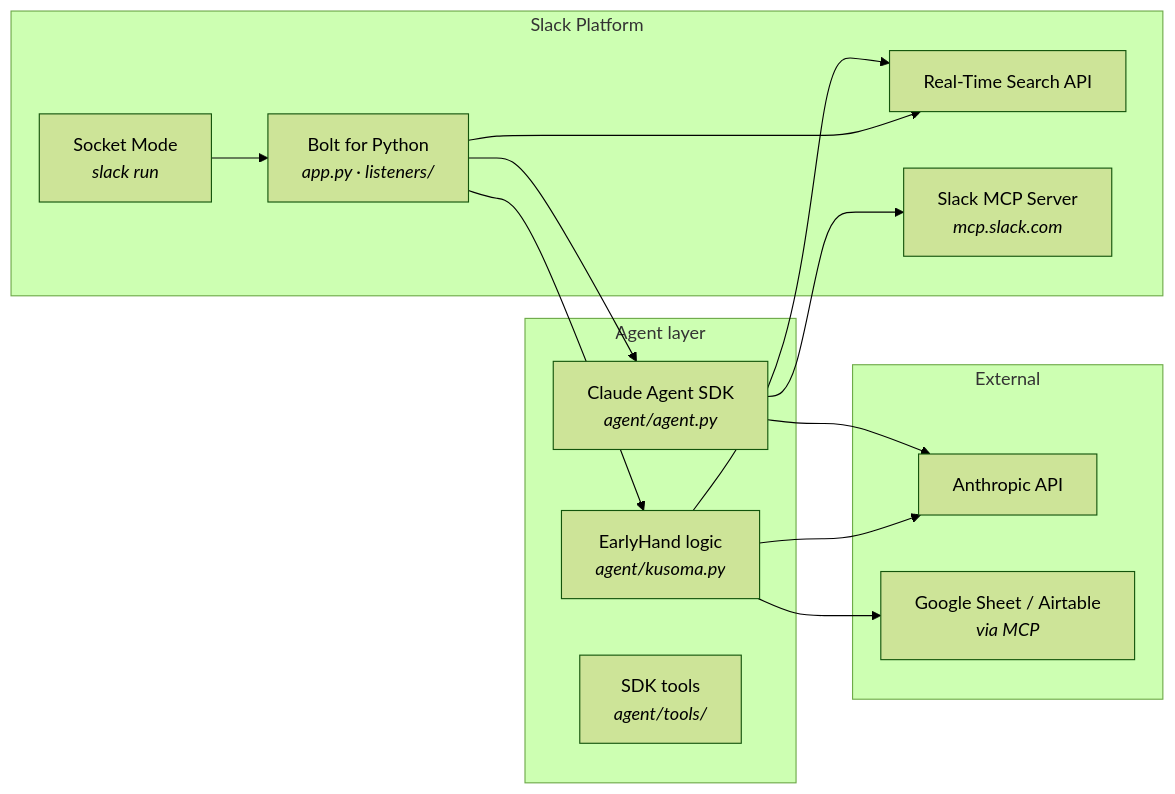
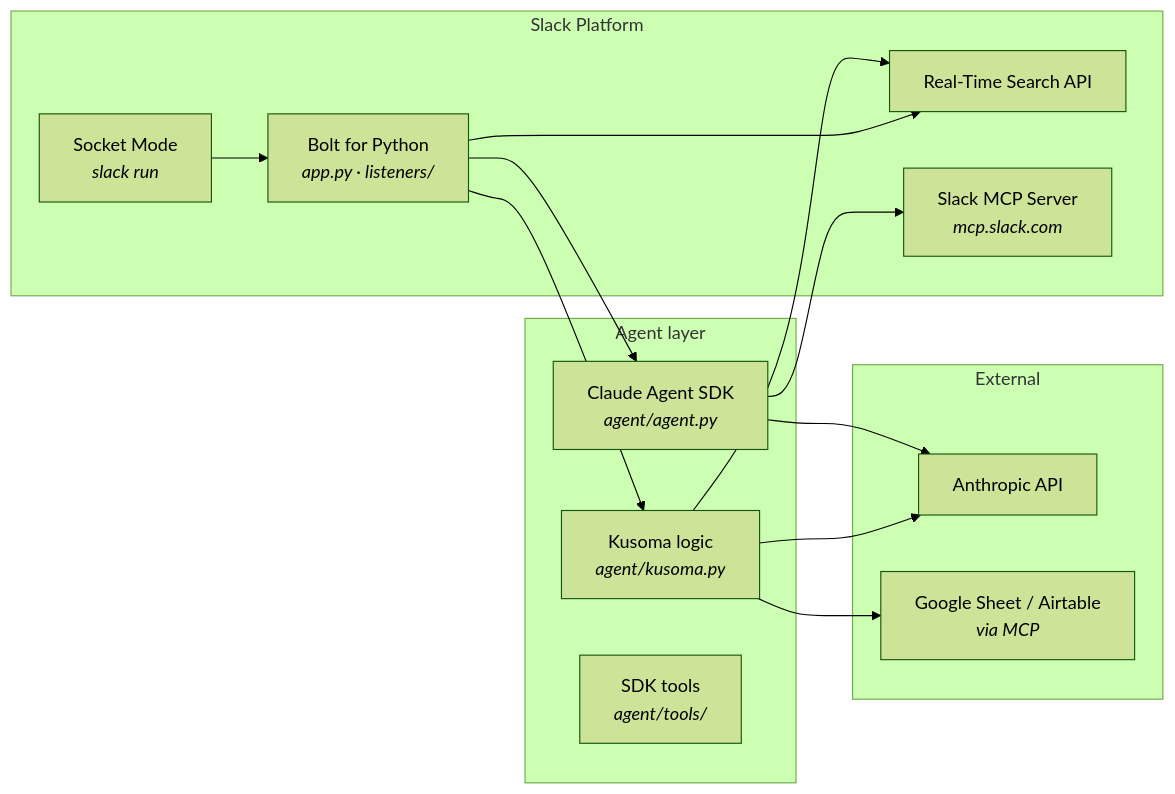
One commit to masikotimo/kusoma-ai changed the third of 3 diagrams in README.md. Above: the diagram before and after it, drawn with Mermaid (forest theme). The commit also changed other lines of this file, not shown here.

````diff
--- a/README.md
+++ b/README.md
@@ -155,30 +155,30 @@
 ```mermaid
 graph LR
     subgraph SLACK["Slack Platform"]
         BOLT["Bolt for Python<br/><i>app.py · listeners/</i>"]
         RTS2["Real-Time Search API"]
         SMCP["Slack MCP Server<br/><i>mcp.slack.com</i>"]
         SOCKET["Socket Mode<br/><i>slack run</i>"]
     end
 
     subgraph AGENT["Agent layer"]
         SDK["Claude Agent SDK<br/><i>agent/agent.py</i>"]
-        KUSOMA["EarlyHand logic<br/><i>agent/kusoma.py</i>"]
+        KUSOMA["Kusoma logic<br/><i>agent/kusoma.py</i>"]
         TOOLS["SDK tools<br/><i>agent/tools/</i>"]
     end
 
     subgraph EXTERNAL["External"]
         ANTH["Anthropic API"]
         GSHEET["Google Sheet / Airtable<br/><i>via MCP</i>"]
     end
 
     SOCKET --> BOLT
     BOLT --> SDK
     BOLT --> KUSOMA
     SDK --> ANTH
     SDK --> SMCP
     KUSOMA --> ANTH
     KUSOMA --> RTS2
     KUSOMA --> GSHEET
     BOLT --> RTS2
 ```
````
